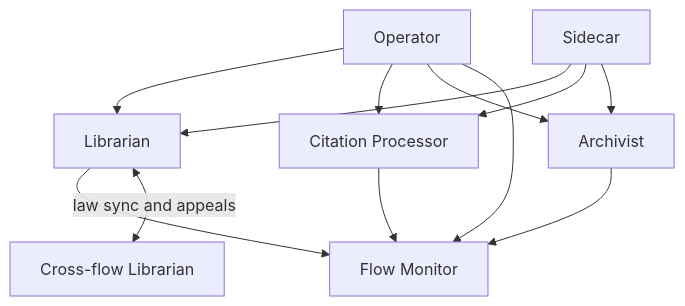
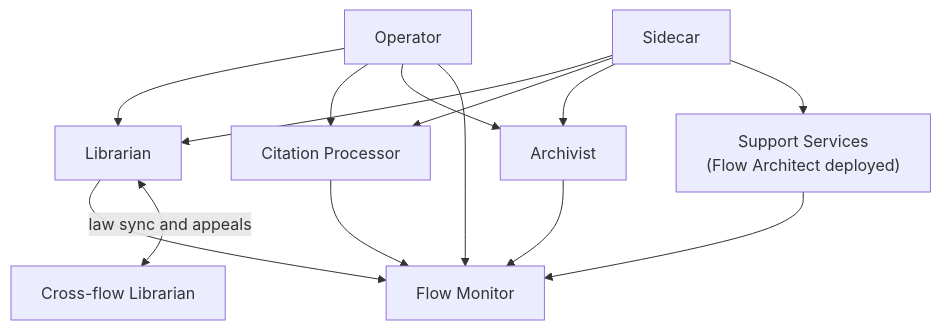
One commit to really-knows-ai/gideas changed the first of 4 diagrams in 02-flow/04-system-services.md. Above: the diagram before and after it, drawn with Mermaid. The commit also changed other lines of this file and 13 other files, not shown here.

Commit message:
docs: introduce Flow Support Services concept, update related documentation, and clarify Codification Services role

````diff
--- a/02-flow/04-system-services.md
+++ b/02-flow/04-system-services.md
@@ -17,17 +18,21 @@
 ```mermaid
 flowchart TD
     OP["Operator"] --> LB["Librarian"]
     OP --> CP["Citation Processor"]
     OP --> AR["Archivist"]
 
     SC["Sidecar"] --> LB
     SC --> CP
     SC --> AR
 
+    SC --> SS["Support Services<br/>(Flow Architect deployed)"]
+
     LB --> FM["Flow Monitor"]
     CP --> FM
     AR --> FM
     OP --> FM
 
+    SS --> FM
+
     LB <-->|"law sync and appeals"| XFL["Cross-flow Librarian"]
 ```
````
